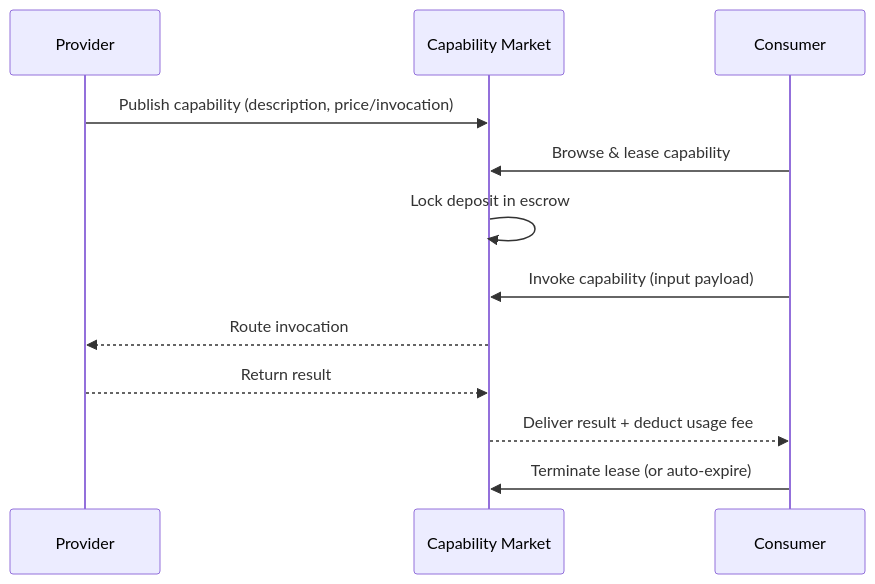
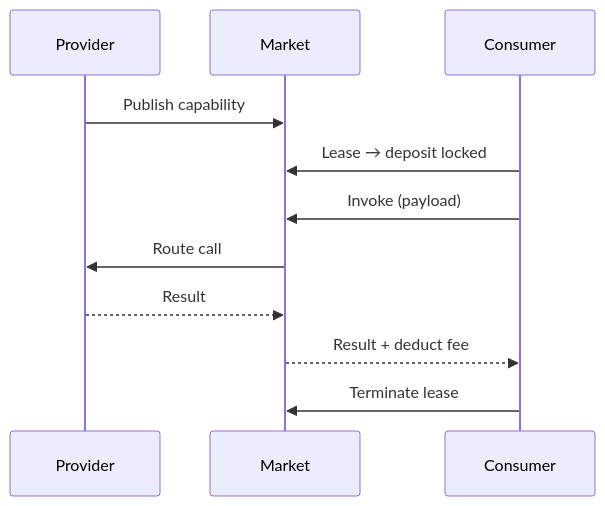
Before and after one commit to claw-network/clawnet: the fifth of 7 diagrams in packages/docs/content/docs/getting-started/core-concepts/markets.md, drawn with Mermaid. The commit also changed other lines of this file and 14 other files, not shown here.

First line of the commit message:
Refactor diagrams and improve clarity in DAO, Identity, Markets, Reputation, Service Contracts, and Wallet documentation

````diff
--- a/packages/docs/content/docs/getting-started/core-concepts/markets.md
+++ b/packages/docs/content/docs/getting-started/core-concepts/markets.md
@@ -151,15 +147,14 @@
 ```mermaid
 sequenceDiagram
-    participant Provider
-    participant Market as Capability Market
-    participant Consumer
+    participant P as Provider
+    participant M as Market
+    participant C as Consumer
 
-    Provider->>Market: Publish capability (description, price/invocation)
-    Consumer->>Market: Browse & lease capability
-    Market->>Market: Lock deposit in escrow
-    Consumer->>Market: Invoke capability (input payload)
-    Market-->>Provider: Route invocation
-    Provider-->>Market: Return result
-    Market-->>Consumer: Deliver result + deduct usage fee
-    Consumer->>Market: Terminate lease (or auto-expire)
+    P->>M: Publish capability
+    C->>M: Lease → deposit locked
+    C->>M: Invoke (payload)
+    M->>P: Route call
+    P-->>M: Result
+    M-->>C: Result + deduct fee
+    C->>M: Terminate lease
 ```
````
